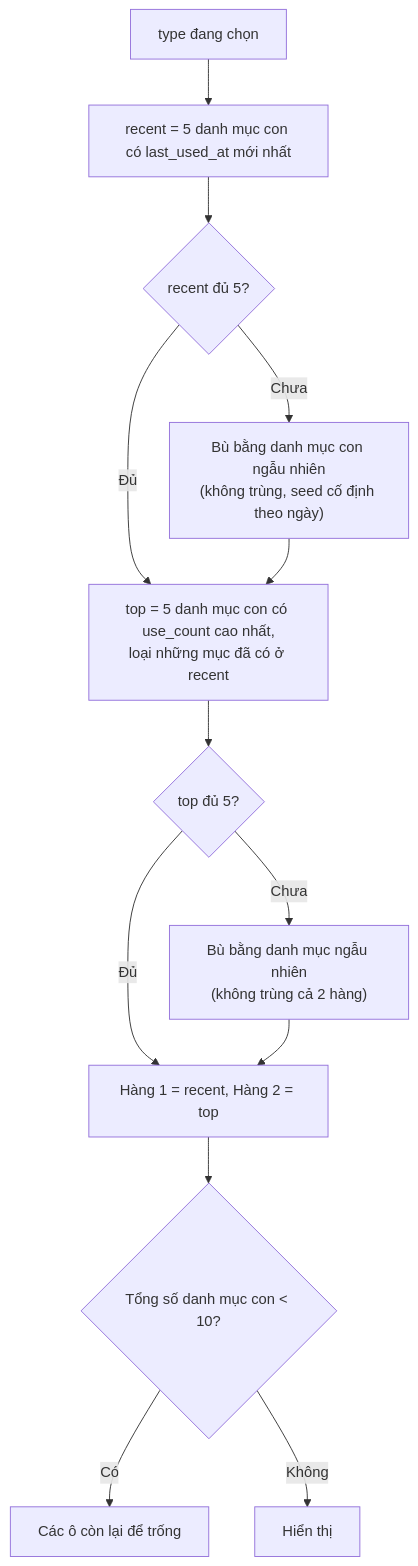
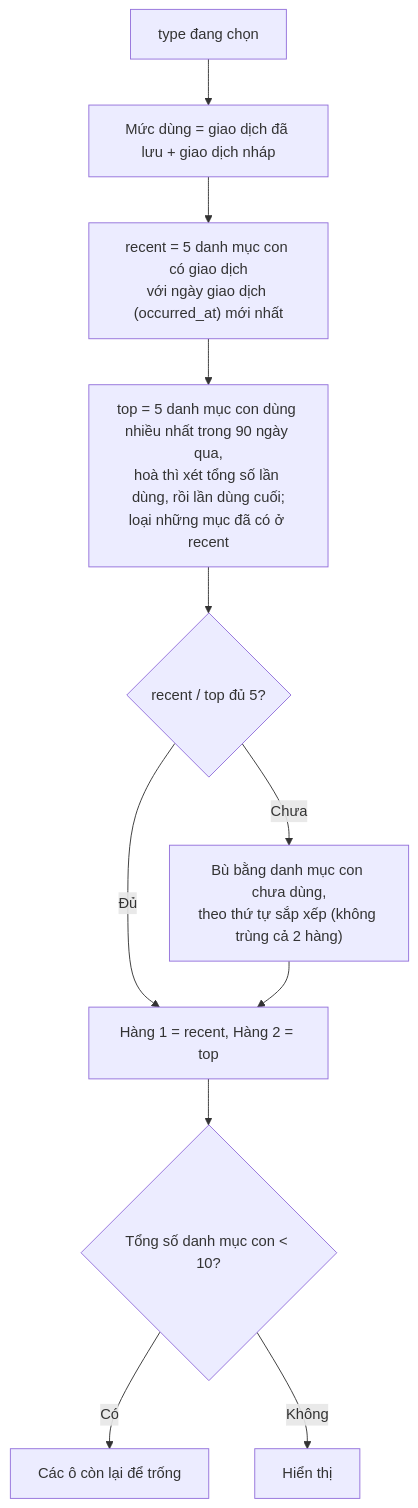
Before and after one commit to ngth1010v/Outgo: the tenth of 23 diagrams in architecture.md, drawn with Mermaid. The commit also changed other lines of this file and 5 other files, not shown here.

First line of the commit message:
[Feat][app][src][trade] Quick picks and predictions count drafts; Recent by trade date, Most used by 90-day habit

````diff
--- a/architecture.md
+++ b/architecture.md
@@ -718,15 +714,13 @@
 ```mermaid
 flowchart TD
-    A["type đang chọn"] --> B["recent = 5 danh mục con có last_used_at mới nhất"]
-    B --> C{"recent đủ 5?"}
-    C -- "Chưa" --> D["Bù bằng danh mục con ngẫu nhiên<br/>(không trùng, seed cố định theo ngày)"]
-    C -- "Đủ" --> E
-    D --> E["top = 5 danh mục con có use_count cao nhất,<br/>loại những mục đã có ở recent"]
-    E --> F{"top đủ 5?"}
-    F -- "Chưa" --> G["Bù bằng danh mục ngẫu nhiên<br/>(không trùng cả 2 hàng)"]
+    A["type đang chọn"] --> A2["Mức dùng = giao dịch đã lưu + giao dịch nháp"]
+    A2 --> B["recent = 5 danh mục con có giao dịch<br/>với ngày giao dịch (occurred_at) mới nhất"]
+    B --> E["top = 5 danh mục con dùng nhiều nhất trong 90 ngày qua,<br/>hoà thì xét tổng số lần dùng, rồi lần dùng cuối;<br/>loại những mục đã có ở recent"]
+    E --> F{"recent / top đủ 5?"}
+    F -- "Chưa" --> G["Bù bằng danh mục con chưa dùng,<br/>theo thứ tự sắp xếp (không trùng cả 2 hàng)"]
     F -- "Đủ" --> H
     G --> H["Hàng 1 = recent, Hàng 2 = top"]
     H --> I{"Tổng số danh mục con < 10?"}
     I -- "Có" --> J["Các ô còn lại để trống"]
     I -- "Không" --> K["Hiển thị"]
 ```
````
